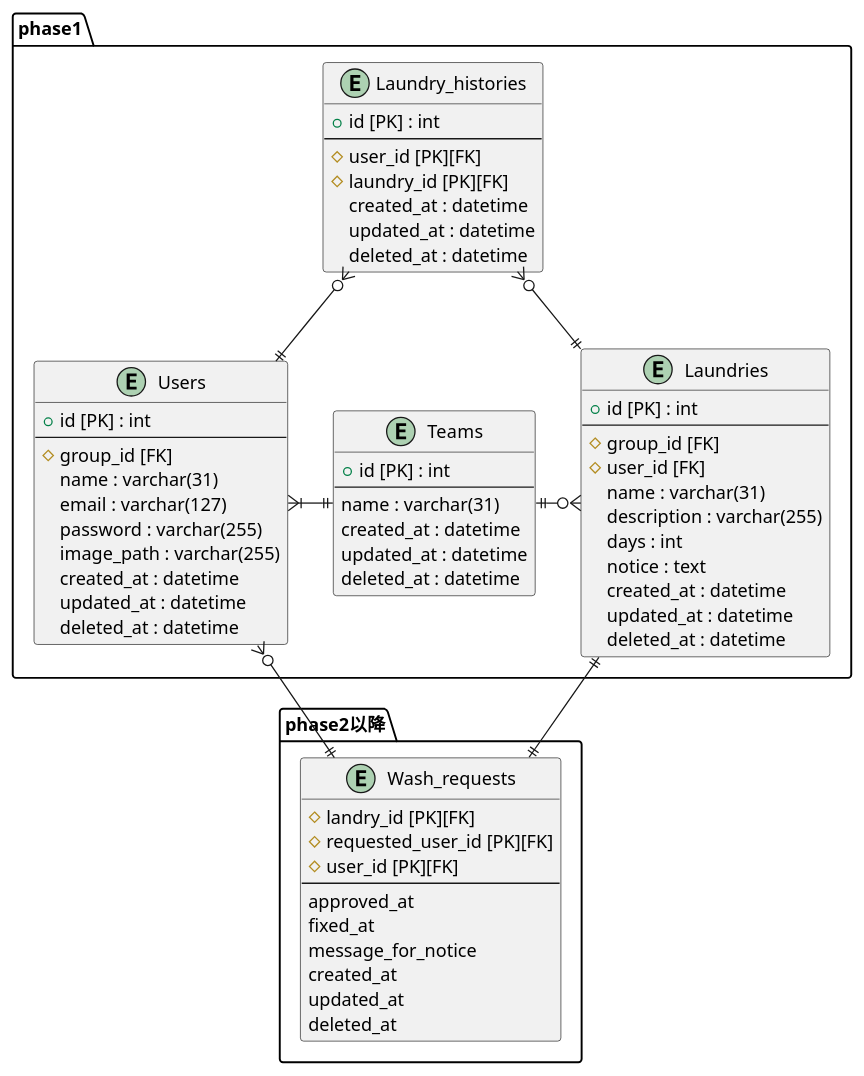
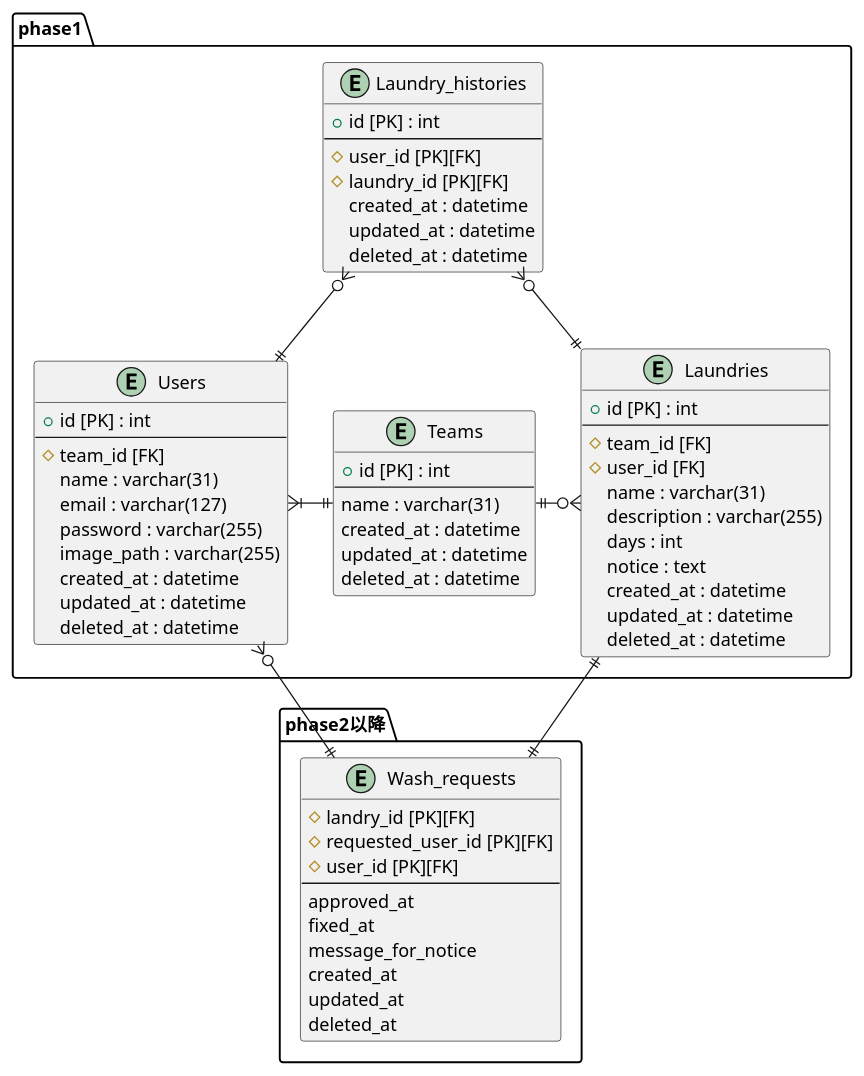
The diagram in docs/ER図.puml (mixa393/mohumohu), drawn with PlantUML before and after one commit.

Commit message:
Fix: GroupをTeamに変更

```diff
--- a/docs/ER図.puml
+++ b/docs/ER図.puml
@@ -1,77 +1,77 @@
 @startuml
 
 package phase1{
     entity Laundry_histories{
         + id [PK] : int
         --
         # user_id [PK][FK]
         # laundry_id [PK][FK]
         created_at : datetime
         updated_at : datetime
         deleted_at : datetime
     }
 
     entity Users{
     + id [PK] : int
     --
-    # group_id [FK]
+    # team_id [FK]
     name : varchar(31)
     email : varchar(127)
     password : varchar(255)
     image_path : varchar(255)
     created_at : datetime
     updated_at : datetime
     deleted_at : datetime
     }
 
     entity Teams
     {
     + id [PK] : int
     --
     name : varchar(31)
     created_at : datetime
     updated_at : datetime
     deleted_at : datetime
     }
 
     entity Laundries{
     + id [PK] : int
     --
-    # group_id [FK]
+    # team_id [FK]
     # user_id [FK]
     name : varchar(31)
     description : varchar(255)
     days : int
     notice : text
     created_at : datetime
     updated_at : datetime
     deleted_at : datetime
     }
 }
 
 
 package  phase2以降{
     entity Wash_requests{
     # landry_id [PK][FK]
     # requested_user_id [PK][FK]
     # user_id [PK][FK]
     --
     approved_at
     fixed_at
     message_for_notice
     created_at
     updated_at
     deleted_at
     }
 }
 
 Laundry_histories }o--|| Users
 Laundry_histories }o-|| Laundries
 Users }|-|| Teams
 Teams ||-o{ Laundries
 Laundries ||-|| Wash_requests
 Users }o--|| Wash_requests
 
 
 
 @enduml
```
